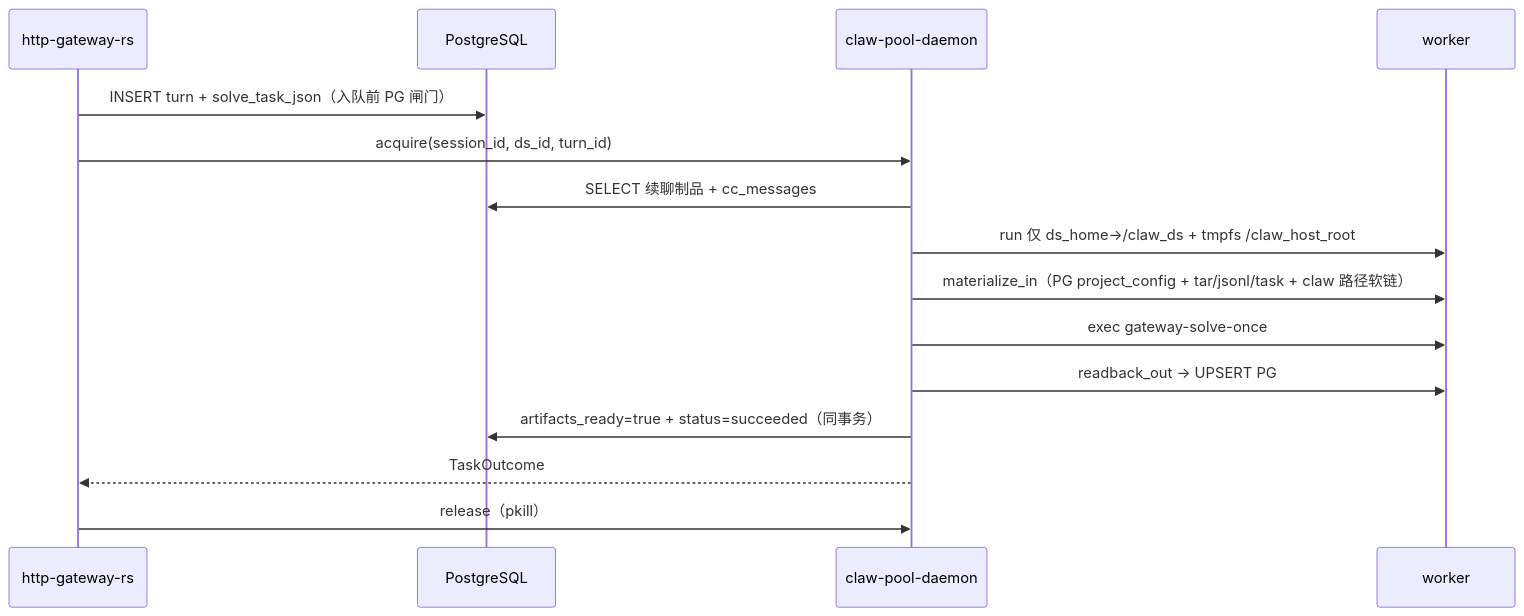
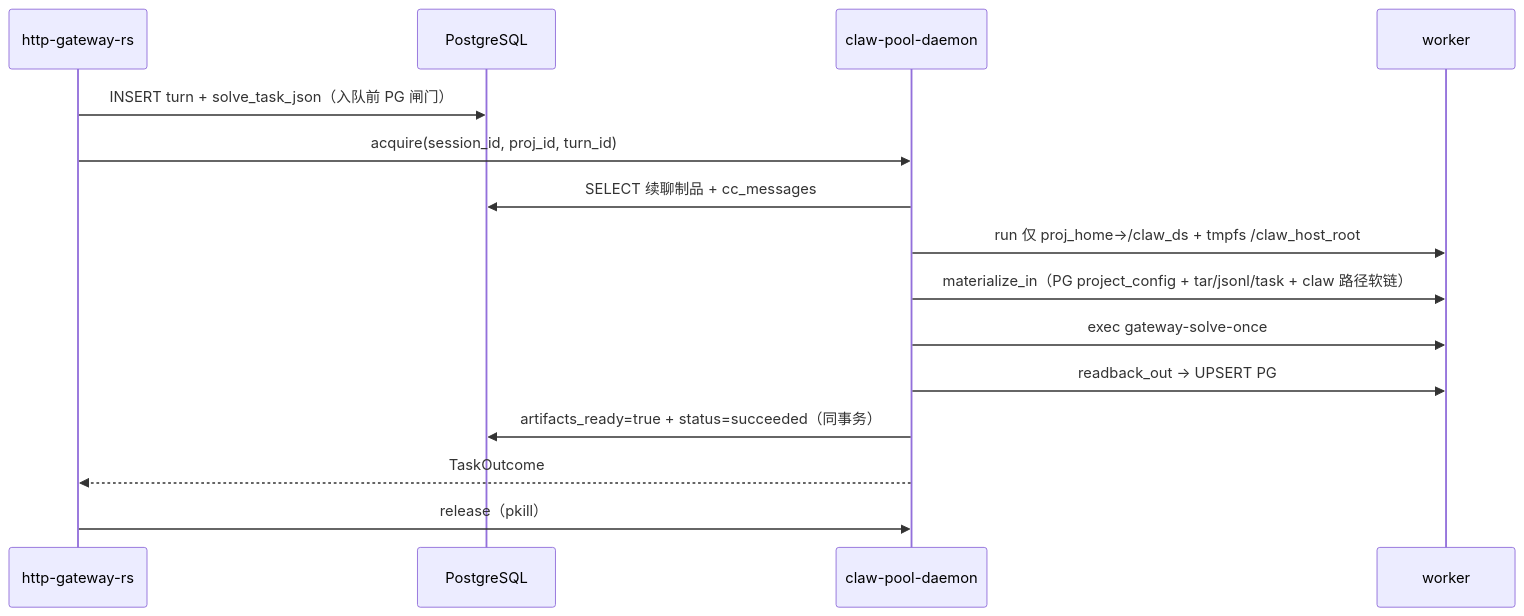
The diagram in docs/http-gateway-container-pool.md (passionke/claw-code), drawn with Mermaid before and after one commit. The commit also changed other lines of this file and 98 other files, not shown here.

````diff
--- a/docs/http-gateway-container-pool.md
+++ b/docs/http-gateway-container-pool.md
@@ -40,18 +40,18 @@
 ```mermaid
 sequenceDiagram
     participant GW as http-gateway-rs
     participant PG as PostgreSQL
     participant PD as claw-pool-daemon
     participant W as worker
 
     GW->>PG: INSERT turn + solve_task_json（入队前 PG 闸门）
-    GW->>PD: acquire(session_id, ds_id, turn_id)
+    GW->>PD: acquire(session_id, proj_id, turn_id)
     PD->>PG: SELECT 续聊制品 + cc_messages
-    PD->>W: run 仅 ds_home→/claw_ds + tmpfs /claw_host_root
+    PD->>W: run 仅 proj_home→/claw_ds + tmpfs /claw_host_root
     PD->>W: materialize_in（PG project_config + tar/jsonl/task + claw 路径软链）
     PD->>W: exec gateway-solve-once
     PD->>W: readback_out → UPSERT PG
     PD->>PG: artifacts_ready=true + status=succeeded（同事务）
     PD-->>GW: TaskOutcome
     GW->>PD: release（pkill）
 ```
````
